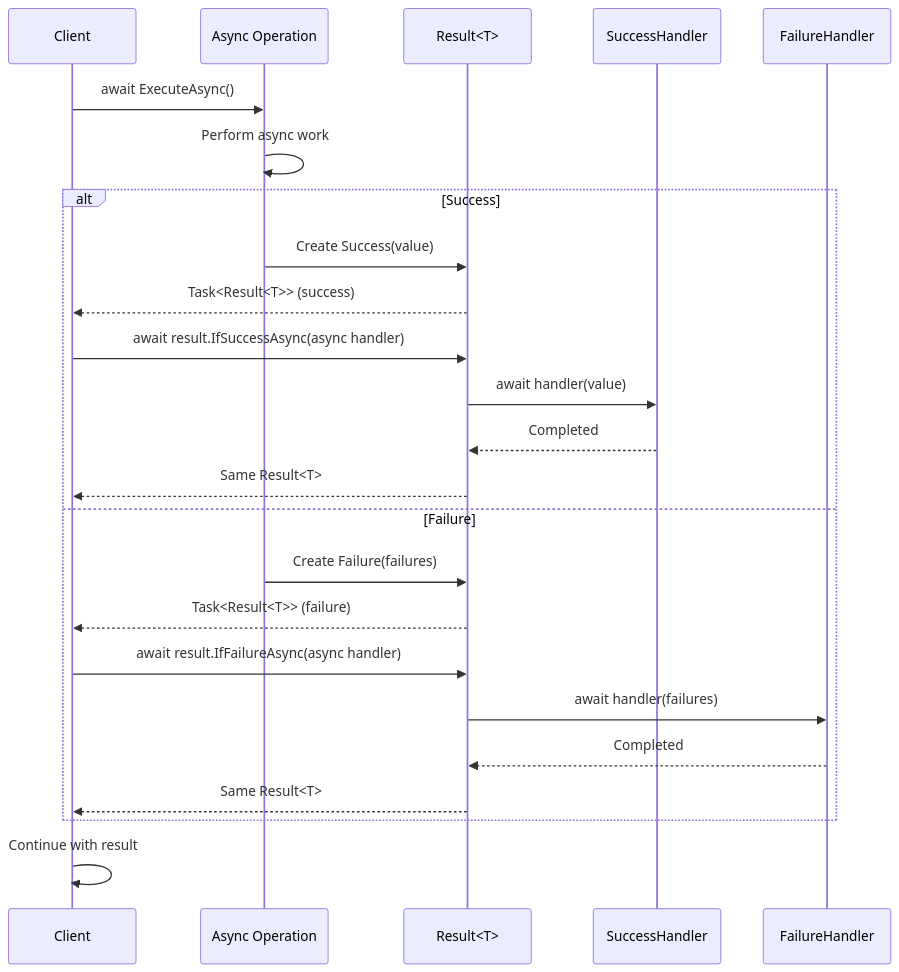
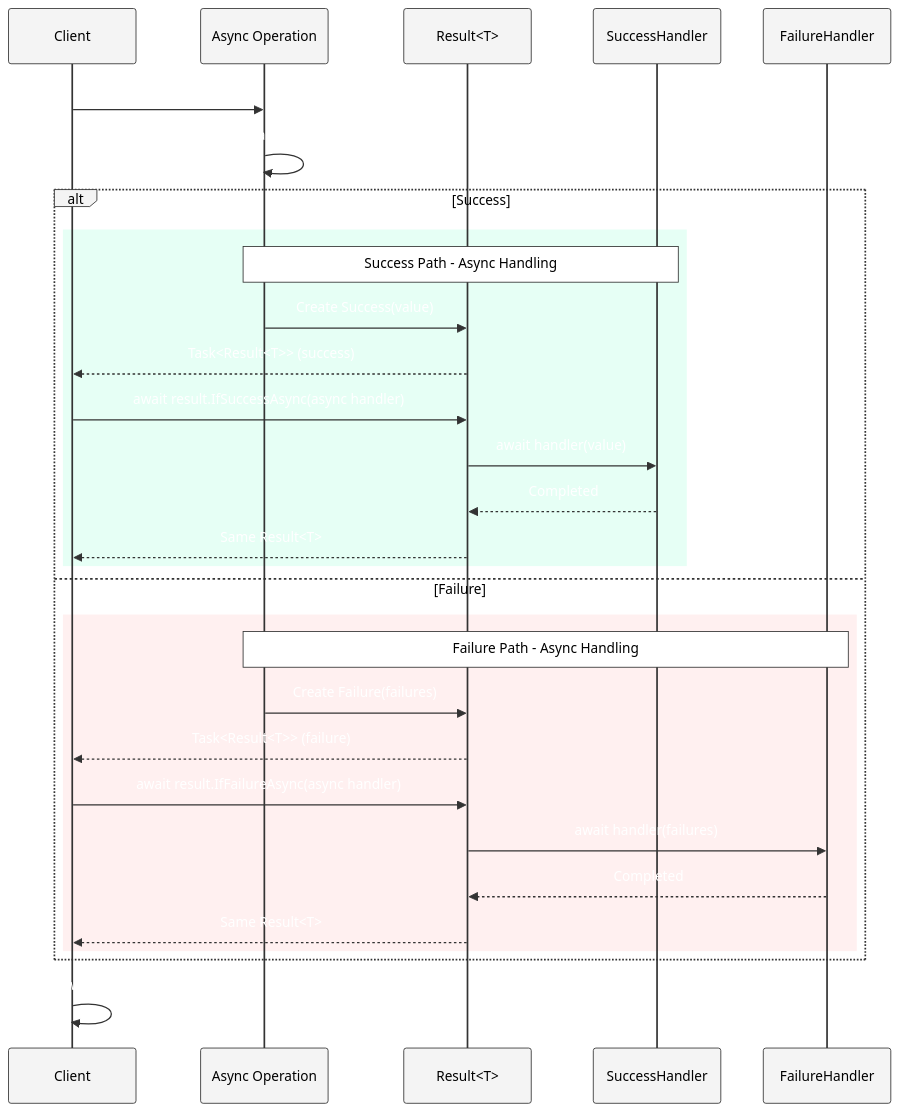
Before and after one commit to FrenchExDev/FrenchExDev.Net: the fifth of 5 diagrams in CSharp.Object.Result/doc/ARCHITECTURE.md, drawn with Mermaid. The commit also changed other lines of this file and 4 other files, not shown here.

````diff
--- a/CSharp.Object.Result/doc/ARCHITECTURE.md
+++ b/CSharp.Object.Result/doc/ARCHITECTURE.md
@@ -227,29 +228,36 @@
 ```mermaid
+%%{init: {'theme':'base', 'themeVariables': { 'fontFamily':'arial','fontSize':'14px','primaryColor':'#fff','primaryTextColor':'#000','primaryBorderColor':'#333','lineColor':'#333','secondaryColor':'#fff','tertiaryColor':'#fff','noteTextColor':'#000','noteBkgColor':'#fff','noteBorderColor':'#333','actorBkg':'#f4f4f4','actorBorder':'#333','actorTextColor':'#000','actorLineColor':'#333','signalColor':'#333','signalTextColor':'#fff','labelBoxBkgColor':'#f4f4f4','labelBoxBorderColor':'#333','labelTextColor':'#000','loopTextColor':'#000','activationBorderColor':'#333','activationBkgColor':'#e8e8e8','sequenceNumberColor':'#fff','altLabelBkgColor':'#f4f4f4','altLabelBorderColor':'#333'}}}%%
 sequenceDiagram
     participant Client
     participant AsyncOp as Async Operation
     participant Result as Result<T>
     participant SuccessHandler
     participant FailureHandler
     
     Client->>AsyncOp: await ExecuteAsync()
     AsyncOp->>AsyncOp: Perform async work
     
     alt Success
+        rect rgb(230, 255, 245)
+        Note over AsyncOp,SuccessHandler: Success Path - Async Handling
         AsyncOp->>Result: Create Success(value)
         Result-->>Client: Task<Result<T>> (success)
         Client->>Result: await result.IfSuccessAsync(async handler)
         Result->>SuccessHandler: await handler(value)
         SuccessHandler-->>Result: Completed
         Result-->>Client: Same Result<T>
+        end
     else Failure
+        rect rgb(255, 240, 240)
+        Note over AsyncOp,FailureHandler: Failure Path - Async Handling
         AsyncOp->>Result: Create Failure(failures)
         Result-->>Client: Task<Result<T>> (failure)
         Client->>Result: await result.IfFailureAsync(async handler)
         Result->>FailureHandler: await handler(failures)
         FailureHandler-->>Result: Completed
         Result-->>Client: Same Result<T>
+        end
     end
     
     Client->>Client: Continue with result
 ```
````
